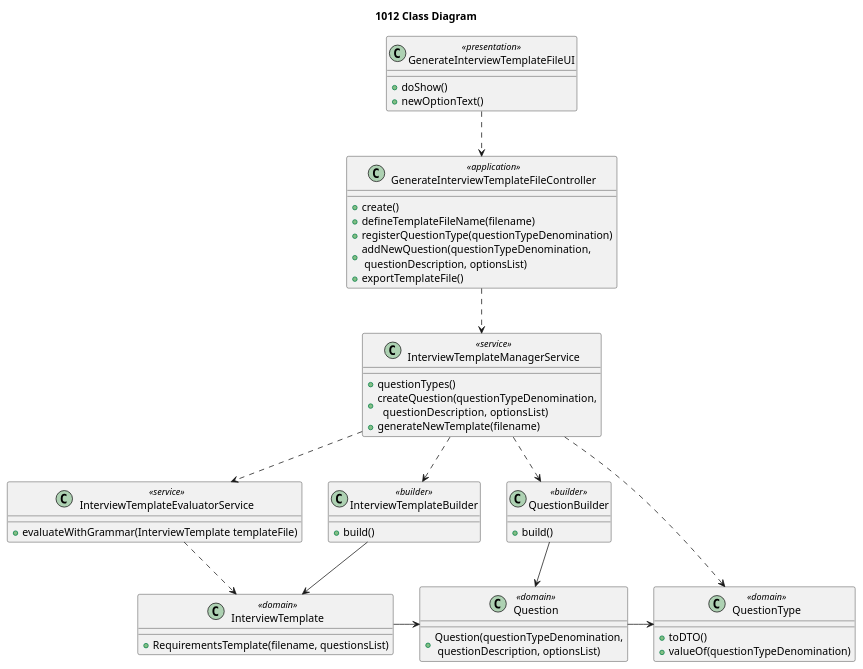
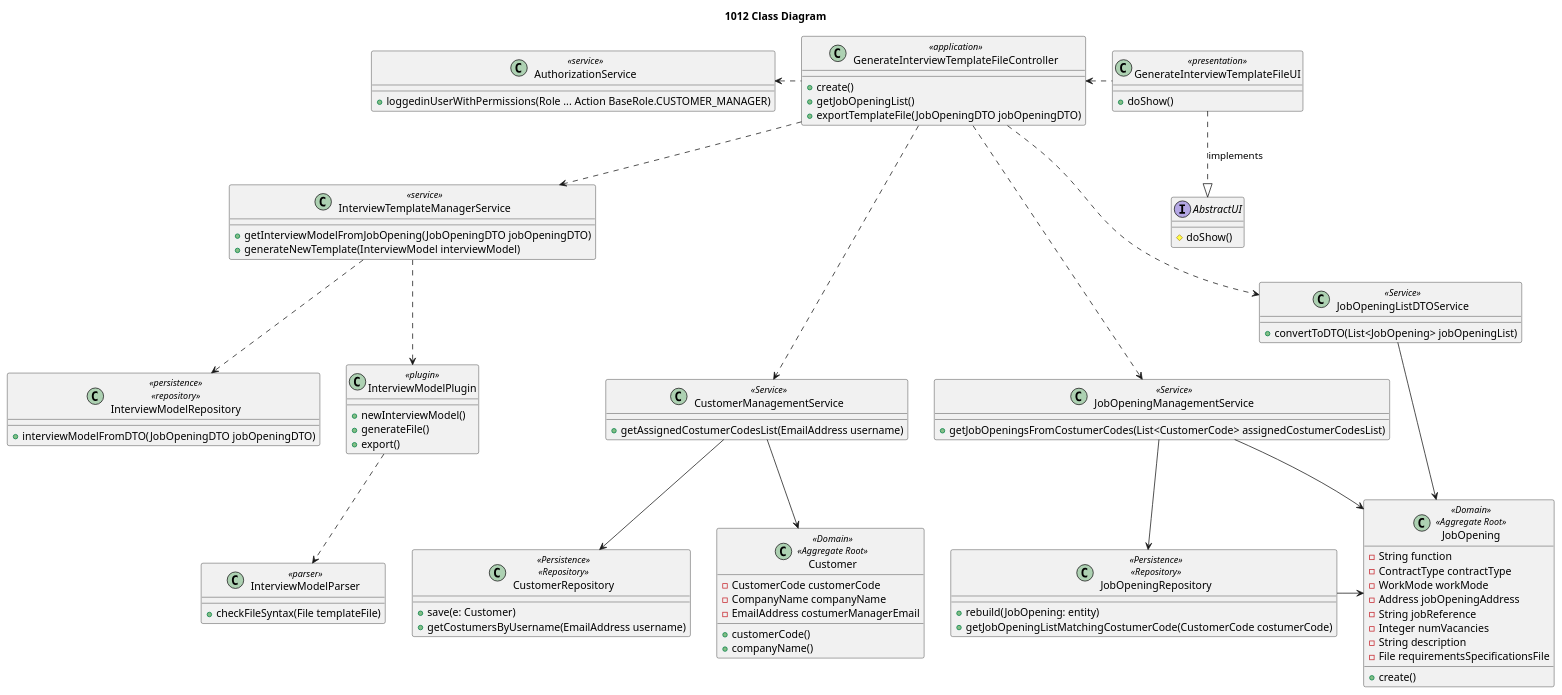
Before and after one commit to rita-barbosa/LAPR4-2324: the diagram in docs/sb_us_1012/us1012_class_diagram.puml, drawn with PlantUML. The commit also changed 6 other files, not shown here.

```diff
--- a/docs/sb_us_1012/us1012_class_diagram.puml
+++ b/docs/sb_us_1012/us1012_class_diagram.puml
@@ -1,69 +1,110 @@
 @startuml US1012_class_diagram
 'https://plantuml.com/class-diagram
 
 title 1012 Class Diagram
 
+interface AbstractUI {
+# doShow()
+}
+
 class GenerateInterviewTemplateFileUI <<presentation>>  {
 + doShow()
-+ newOptionText()
 }
 
 class GenerateInterviewTemplateFileController <<application>> {
 + create()
-+ defineTemplateFileName(filename)
-+ registerQuestionType(questionTypeDenomination)
-+ addNewQuestion(questionTypeDenomination,\n questionDescription, optionsList)
-+ exportTemplateFile()
++ getJobOpeningList()
++ exportTemplateFile(JobOpeningDTO jobOpeningDTO)
+}
+
+class InterviewTemplateManagerService <<service>> {
++ getInterviewModelFromJobOpening(JobOpeningDTO jobOpeningDTO)
++ generateNewTemplate(InterviewModel interviewModel)
+}
+
+class InterviewModelRepository <<persistence>>\n<<repository>> {
++ interviewModelFromDTO(JobOpeningDTO jobOpeningDTO)
+}
+
+class InterviewModelPlugin <<plugin>> {
++ newInterviewModel()
++ generateFile()
++ export()
+}
+
+class InterviewModelParser <<parser>> {
++ checkFileSyntax(File templateFile)
+}
+
+class AuthorizationService <<service>> {
++ loggedinUserWithPermissions(Role ... Action BaseRole.CUSTOMER_MANAGER)
+}
+
+class JobOpeningRepository <<Persistence>> <<Repository>> {
++ rebuild(JobOpening: entity)
++ getJobOpeningListMatchingCostumerCode(CustomerCode costumerCode)
+}
+
+class CustomerManagementService <<Service>> {
++ getAssignedCostumerCodesList(EmailAddress username)
+}
+
+class CustomerRepository  <<Persistence>> <<Repository>>  {
++ save(e: Customer)
++ getCostumersByUsername(EmailAddress username)
 }
 
 
-class InterviewTemplateManagerService <<service>> {
-+ questionTypes()
-+ createQuestion(questionTypeDenomination,\n  questionDescription,  optionsList)
-+ generateNewTemplate(filename)
+class Customer <<Domain>> <<Aggregate Root>> {
+- CustomerCode customerCode
+- CompanyName companyName
+- EmailAddress costumerManagerEmail
++ customerCode()
++ companyName()
 }
 
-class InterviewTemplateEvaluatorService <<service>> {
-+ evaluateWithGrammar(InterviewTemplate templateFile)
+class JobOpeningManagementService <<Service>> {
++ getJobOpeningsFromCostumerCodes(List<CustomerCode> assignedCostumerCodesList)
 }
 
-class QuestionType <<domain>> {
-+ toDTO()
-+ valueOf(questionTypeDenomination)
+class JobOpeningListDTOService <<Service>> {
++ convertToDTO(List<JobOpening> jobOpeningList)
 }
 
-
-class InterviewTemplateBuilder <<builder>> {
-+ build()
-}
-
-class QuestionBuilder <<builder>> {
-+ build()
-}
-
-class Question <<domain>> {
-+ Question(questionTypeDenomination,\n questionDescription, optionsList)
-}
-
-
-class InterviewTemplate <<domain>> {
-+ RequirementsTemplate(filename, questionsList)
+class JobOpening <<Domain>> <<Aggregate Root>> {
+- String function
+- ContractType contractType
+- WorkMode workMode
+- Address jobOpeningAddress
+- String jobReference
+- Integer numVacancies
+- String description
+- File requirementsSpecificationsFile
++ create()
 }
 
 
 'Associations
-GenerateInterviewTemplateFileUI ..> GenerateInterviewTemplateFileController
-GenerateInterviewTemplateFileController ..> InterviewTemplateManagerService
-InterviewTemplateManagerService ..> InterviewTemplateEvaluatorService
+AbstractUI <|.up. GenerateInterviewTemplateFileUI : implements
+GenerateInterviewTemplateFileUI .left.> GenerateInterviewTemplateFileController
 
-InterviewTemplateManagerService ..> QuestionType
-InterviewTemplateManagerService ..> QuestionBuilder
-InterviewTemplateManagerService ..> InterviewTemplateBuilder
-InterviewTemplateEvaluatorService ..> InterviewTemplate
+GenerateInterviewTemplateFileController .left.> AuthorizationService
+GenerateInterviewTemplateFileController ...> CustomerManagementService
+GenerateInterviewTemplateFileController ...> JobOpeningManagementService
+GenerateInterviewTemplateFileController ..> JobOpeningListDTOService
+GenerateInterviewTemplateFileController ..>InterviewTemplateManagerService
 
-InterviewTemplateBuilder --> InterviewTemplate
-QuestionBuilder --> Question
-Question -right-> QuestionType
-InterviewTemplate -right-> Question
+'Domain Layer
+CustomerManagementService -down-> CustomerRepository
+CustomerManagementService --> Customer
+JobOpeningManagementService --> JobOpeningRepository
+JobOpeningManagementService --> JobOpening
+JobOpeningListDTOService --> JobOpening
+JobOpeningRepository -> JobOpening
+
+InterviewTemplateManagerService ..> InterviewModelRepository
+InterviewTemplateManagerService ..> InterviewModelPlugin
+InterviewModelPlugin ..> InterviewModelParser
+
 
 @enduml
```
